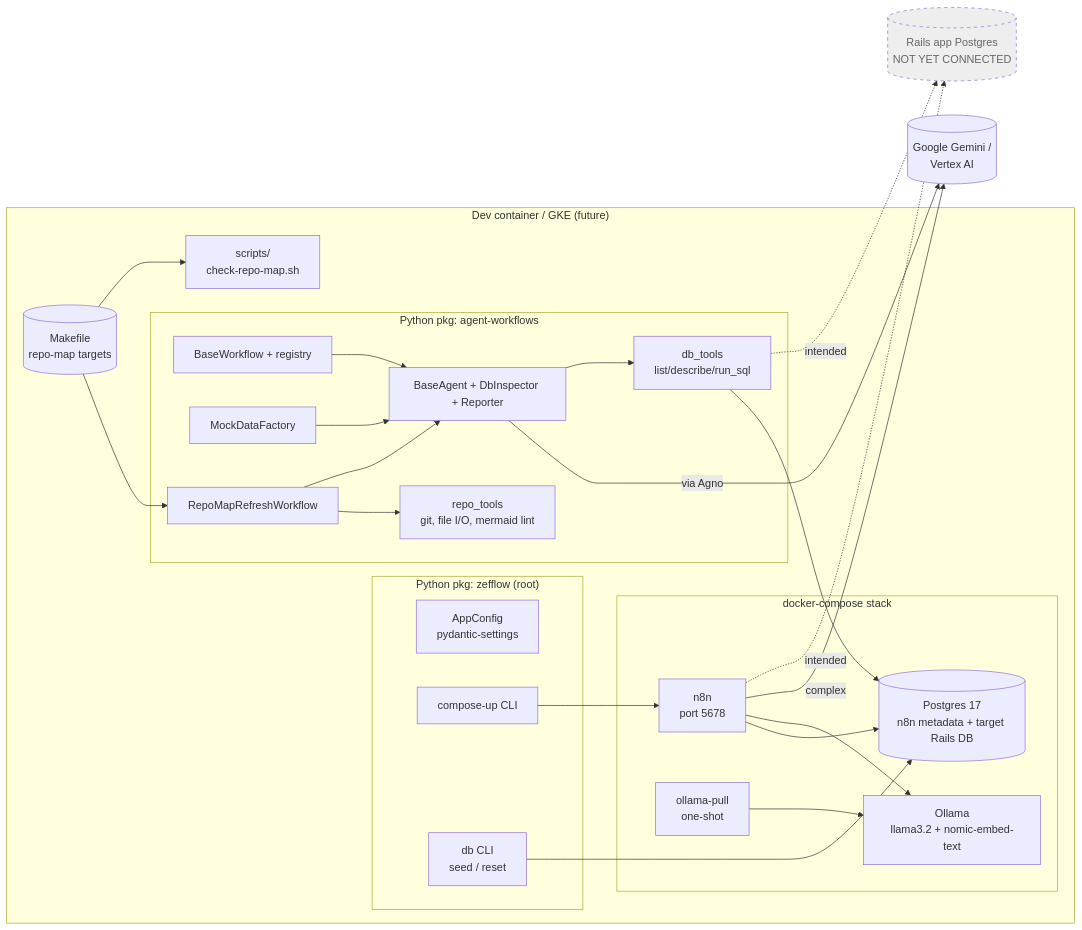
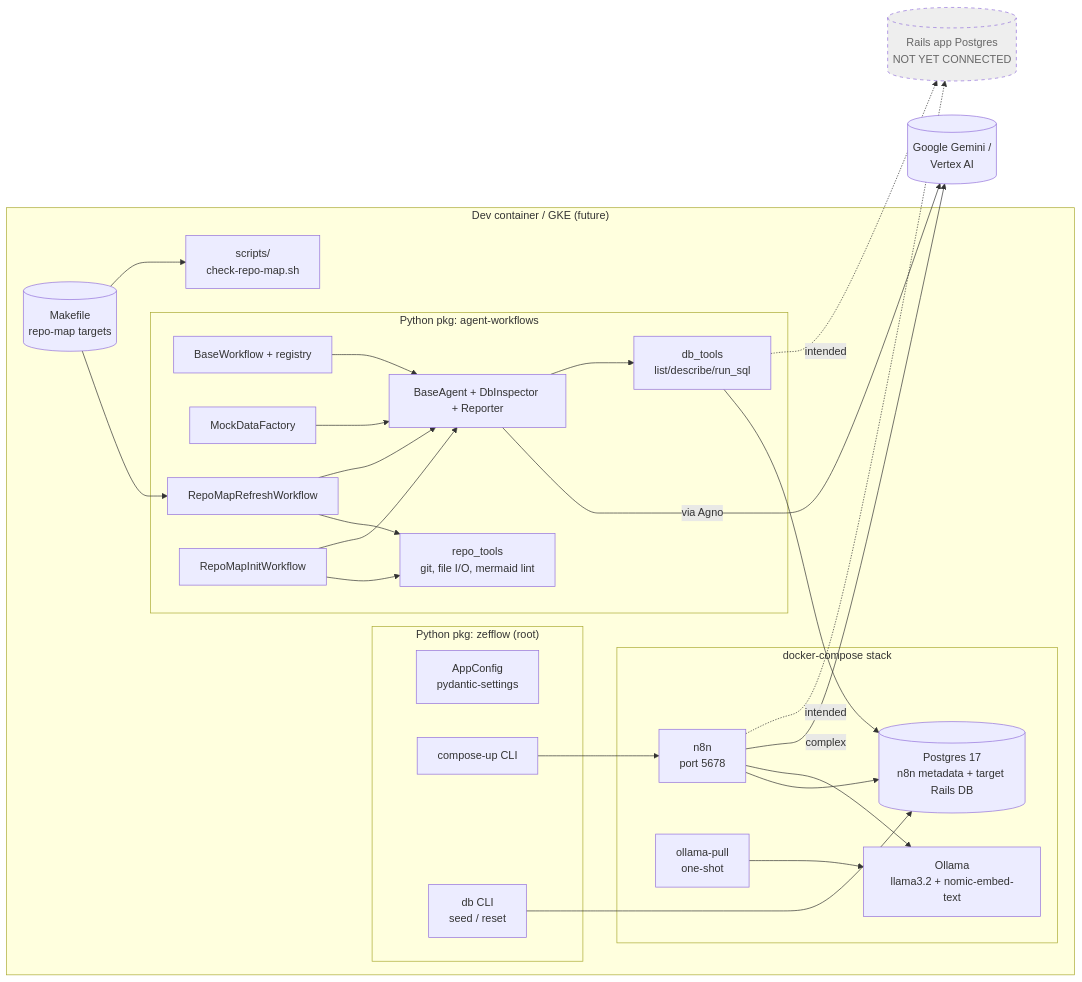
The diagram in notes/repo-map/00-overview.md (Rudolf07688/zefflow), drawn with Mermaid before and after one commit. The commit also changed other lines of this file and 13 other files, not shown here.

Commit message:
feat(repo-map): add init workflow, lenient JSON parser, --from-cache, gitignore debug artefacts

````diff
--- a/notes/repo-map/00-overview.md
+++ b/notes/repo-map/00-overview.md
@@ -112,50 +113,53 @@
 ```mermaid
 flowchart LR
     subgraph Host["Dev container / GKE (future)"]
         subgraph Compose["docker-compose stack"]
             PG[("Postgres 17<br/>n8n metadata + target Rails DB")]
             OL["Ollama<br/>llama3.2 + nomic-embed-text"]
             N8N["n8n<br/>port 5678"]
             PULL["ollama-pull<br/>one-shot"]
         end
         subgraph PyA["Python pkg: zefflow (root)"]
             CFG["AppConfig<br/>pydantic-settings"]
             CU["compose-up CLI"]
             DBU["db CLI<br/>seed / reset"]
         end
         subgraph PyB["Python pkg: agent-workflows"]
             WF["BaseWorkflow + registry"]
             AG["BaseAgent + DbInspector + Reporter"]
             MD["MockDataFactory"]
             TL["db_tools<br/>list/describe/run_sql"]
             RMR["RepoMapRefreshWorkflow"]
+            RMI["RepoMapInitWorkflow"]
             RPTL["repo_tools<br/>git, file I/O, mermaid lint"]
         end
         MK[("Makefile<br/>repo-map targets")]
         SCR["scripts/<br/>check-repo-map.sh"]
     end
     GEM[("Google Gemini /<br/>Vertex AI")]
     RAILS[("Rails app Postgres<br/>NOT YET CONNECTED")]
 
     CU --> N8N
     DBU --> PG
     N8N --> PG
     N8N --> OL
     PULL --> OL
     N8N -->|complex| GEM
     AG -->|via Agno| GEM
     WF --> AG
     AG --> TL
     TL --> PG
     MD --> AG
     N8N -.intended.-> RAILS
     TL -.intended.-> RAILS
 
     RMR --> RPTL
     RMR --> AG
+    RMI --> RPTL
+    RMI --> AG
     MK --> RMR
     MK --> SCR
 
     classDef ghost stroke-dasharray: 5 5,fill:#eee,color:#666;
     class RAILS ghost;
 ```
````
